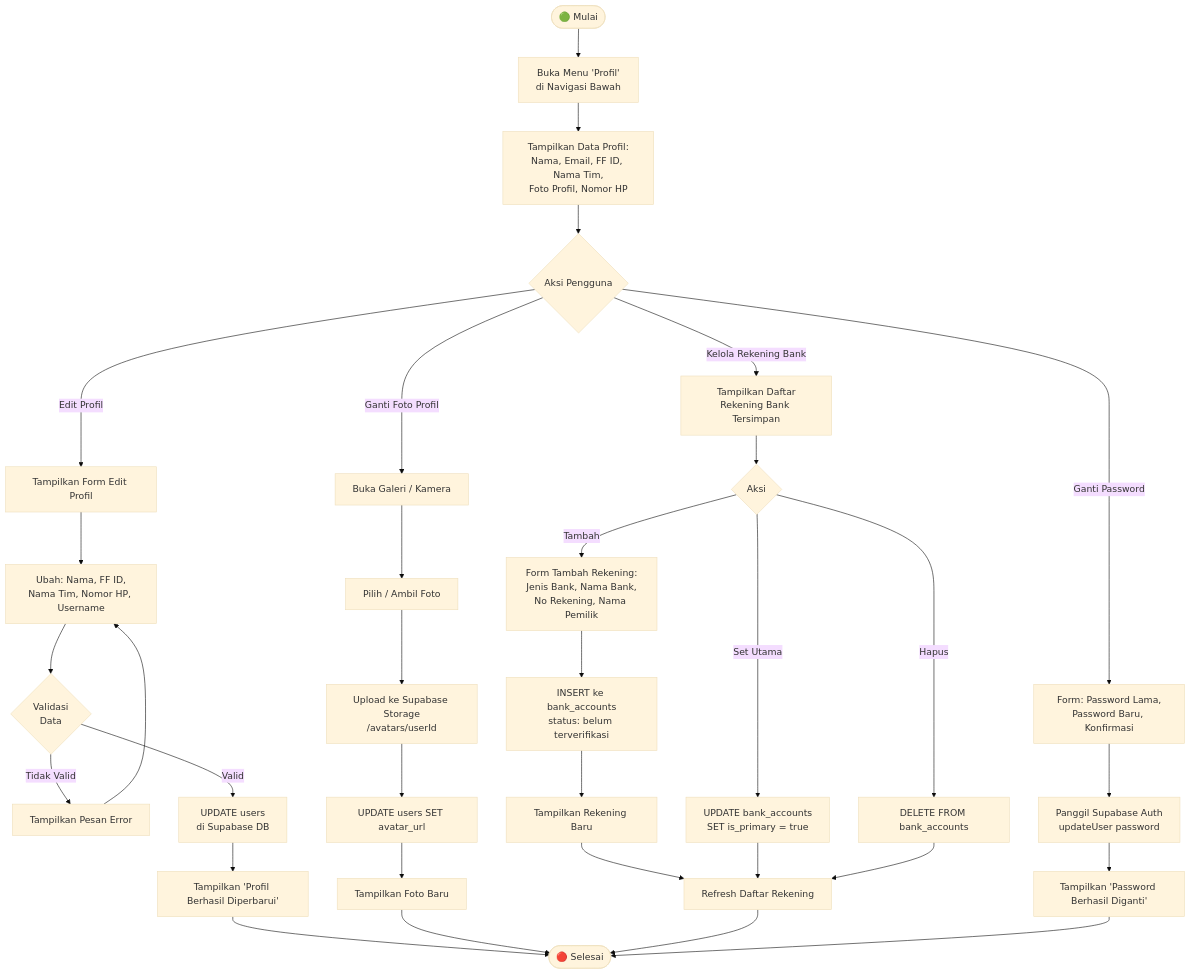
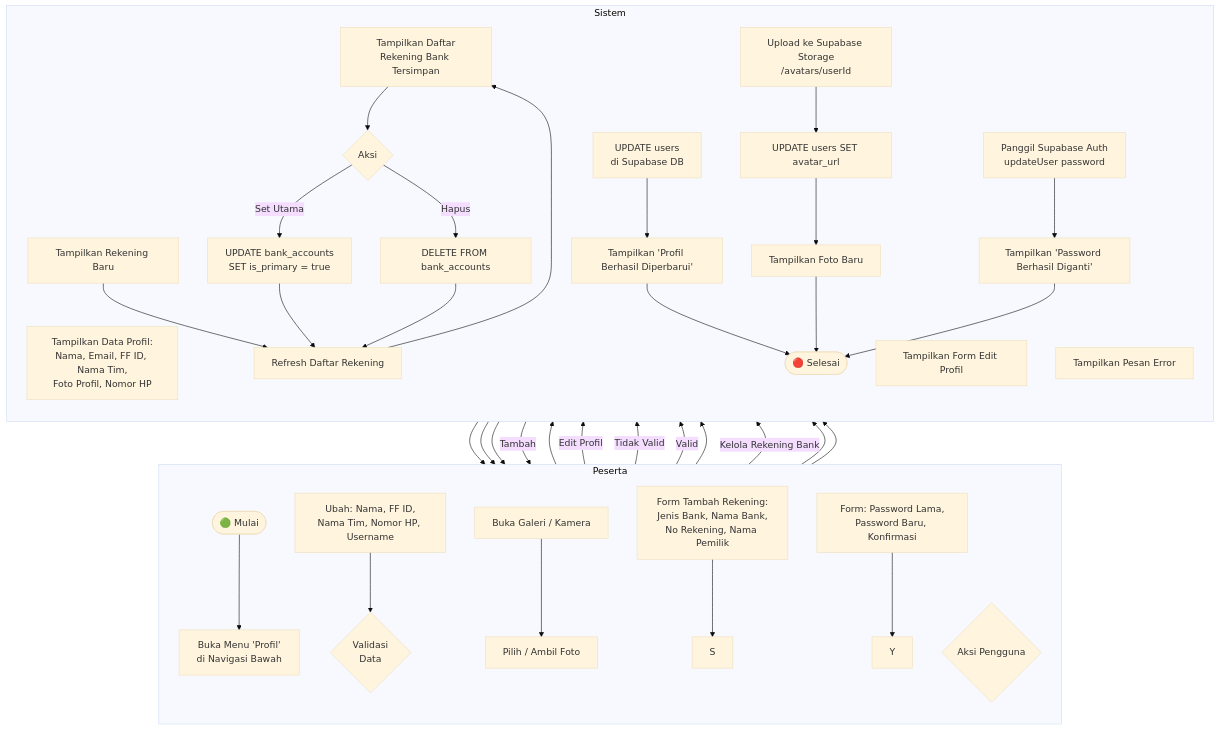
One commit to yosima050/booyahhub changed diagram 13 of 43 in DOKUMENTASI.md. Above: the diagram before and after it, drawn with Mermaid (base theme). The commit also changed other lines of this file, not shown here.

Commit message:
docs: rename Platform Owner role to Platform and refactor Mermaid flowcharts in documentation

````diff
--- a/DOKUMENTASI.md
+++ b/DOKUMENTASI.md
@@ -523,35 +604,38 @@
 ```mermaid
 flowchart TD
-    A([🟢 Mulai]) --> B[Buka Menu 'Profil'\ndi Navigasi Bawah]
-    B --> C[Tampilkan Data Profil:\nNama, Email, FF ID, Nama Tim,\nFoto Profil, Nomor HP]
-    C --> D{Aksi Pengguna}
+    subgraph Peserta
+        direction TB
+        A([🟢 Mulai]) --> B[Buka Menu 'Profil'<br/>di Navigasi Bawah]
+        D{Aksi Pengguna}
+        F[Ubah: Nama, FF ID,<br/>Nama Tim, Nomor HP, Username] --> G
+        K[Buka Galeri / Kamera] --> L[Pilih / Ambil Foto]
+        R[Form Tambah Rekening:<br/>Jenis Bank, Nama Bank,<br/>No Rekening, Nama Pemilik] --> S
+        X[Form: Password Lama,<br/>Password Baru, Konfirmasi] --> Y
+    end
 
-    D -->|Edit Profil| E[Tampilkan Form Edit Profil]
-    E --> F[Ubah: Nama, FF ID,\nNama Tim, Nomor HP, Username]
-    F --> G{Validasi\nData}
-    G -->|Tidak Valid| H[Tampilkan Pesan Error]
-    H --> F
-    G -->|Valid| I[UPDATE users\ndi Supabase DB]
-    I --> J[Tampilkan 'Profil Berhasil Diperbarui']
-
-    D -->|Ganti Foto Profil| K[Buka Galeri / Kamera]
-    K --> L[Pilih / Ambil Foto]
-    L --> M[Upload ke Supabase Storage\n/avatars/userId]
-    M --> N[UPDATE users SET avatar_url]
-    N --> O[Tampilkan Foto Baru]
-
-    D -->|Kelola Rekening Bank| P[Tampilkan Daftar\nRekening Bank Tersimpan]
-    P --> Q{Aksi}
-    Q -->|Tambah| R[Form Tambah Rekening:\nJenis Bank, Nama Bank,\nNo Rekening, Nama Pemilik]
-    R --> S[INSERT ke bank_accounts\nstatus: belum terverifikasi]
-    S --> T[Tampilkan Rekening Baru]
-    Q -->|Set Utama| U[UPDATE bank_accounts\nSET is_primary = true]
-    Q -->|Hapus| V[DELETE FROM bank_accounts]
-    T & U & V --> W[Refresh Daftar Rekening]
-
-    D -->|Ganti Password| X[Form: Password Lama,\nPassword Baru, Konfirmasi]
-    X --> Y[Panggil Supabase Auth\nupdateUser password]
-    Y --> Z[Tampilkan 'Password Berhasil Diganti']
-
-    J & O & W & Z --> AA([🔴 Selesai])
+    subgraph Sistem
+        direction TB
+        B --> C[Tampilkan Data Profil:<br/>Nama, Email, FF ID, Nama Tim,<br/>Foto Profil, Nomor HP]
+        C --> D
+        D -->|Edit Profil| E[Tampilkan Form Edit Profil]
+        E --> F
+        G{Validasi<br/>Data} -->|Tidak Valid| H[Tampilkan Pesan Error]
+        H --> F
+        G -->|Valid| I[UPDATE users<br/>di Supabase DB]
+        I --> J[Tampilkan 'Profil Berhasil Diperbarui']
+        L --> M[Upload ke Supabase Storage<br/>/avatars/userId]
+        M --> N[UPDATE users SET avatar_url]
+        N --> O[Tampilkan Foto Baru]
+        D -->|Kelola Rekening Bank| P[Tampilkan Daftar<br/>Rekening Bank Tersimpan]
+        P --> Q{Aksi}
+        Q -->|Tambah| R
+        S --> T[Tampilkan Rekening Baru]
+        Q -->|Set Utama| U[UPDATE bank_accounts<br/>SET is_primary = true]
+        Q -->|Hapus| V[DELETE FROM bank_accounts]
+        T & U & V --> W[Refresh Daftar Rekening]
+        W --> P
+        Y --> Z[Panggil Supabase Auth<br/>updateUser password]
+        Z --> AA[Tampilkan 'Password Berhasil Diganti']
+        J & O & AA --> AB([🔴 Selesai])
+    end
 ```
````
